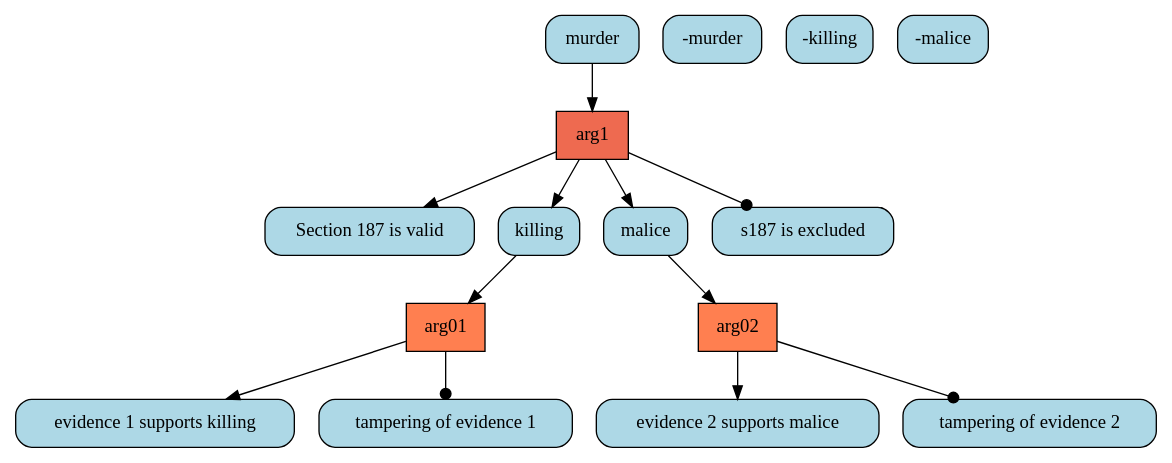
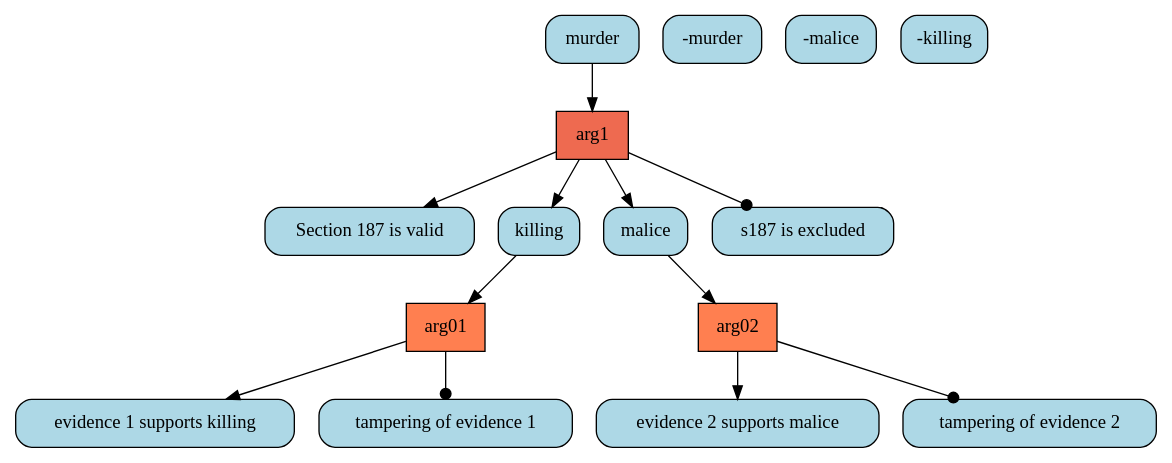
One commit to goweiting/carneades-ext changed the diagram in system/dot/example2/1_0.dot. Above: the diagram before and after it, drawn with Graphviz. The commit also changed other lines of this file and 27 other files, not shown here.

```diff
--- a/system/dot/example2/1_0.dot
+++ b/system/dot/example2/1_0.dot
@@ -1,28 +1,28 @@
 digraph G{ 
 "arg1" [color="black", fillcolor="coral2",fixedsize=false, shape=box, style="filled"]; 
 "murder" [color="black", fillcolor="lightblue", fixedsize=false,  shape="box", style="rounded,filled"]; 
 "-murder" [color="black", fillcolor="lightblue", fixedsize=false,  shape="box", style="rounded,filled"]; 
 "Section 187 is valid" [color="black", fillcolor="lightblue", fixedsize=false,  shape="box", style="rounded,filled"]; 
 "killing" [color="black", fillcolor="lightblue", fixedsize=false,  shape="box", style="rounded,filled"]; 
 "malice" [color="black", fillcolor="lightblue", fixedsize=false,  shape="box", style="rounded,filled"]; 
 "s187 is excluded" [color="black", fillcolor="lightblue", fixedsize=false,  shape="box", style="rounded,filled"]; 
+"arg02" [color="black", fillcolor="coral",fixedsize=false, shape=box, style="filled"]; 
+"-malice" [color="black", fillcolor="lightblue", fixedsize=false,  shape="box", style="rounded,filled"]; 
+"evidence 2 supports malice" [color="black", fillcolor="lightblue", fixedsize=false,  shape="box", style="rounded,filled"]; 
+"tampering of evidence 2" [color="black", fillcolor="lightblue", fixedsize=false,  shape="box", style="rounded,filled"]; 
 "arg01" [color="black", fillcolor="coral",fixedsize=false, shape=box, style="filled"]; 
 "-killing" [color="black", fillcolor="lightblue", fixedsize=false,  shape="box", style="rounded,filled"]; 
 "evidence 1 supports killing" [color="black", fillcolor="lightblue", fixedsize=false,  shape="box", style="rounded,filled"]; 
 "tampering of evidence 1" [color="black", fillcolor="lightblue", fixedsize=false,  shape="box", style="rounded,filled"]; 
-"arg02" [color="black", fillcolor="coral",fixedsize=false, shape=box, style="filled"]; 
-"-malice" [color="black", fillcolor="lightblue", fixedsize=false,  shape="box", style="rounded,filled"]; 
-"evidence 2 supports malice" [color="black", fillcolor="lightblue", fixedsize=false,  shape="box", style="rounded,filled"]; 
-"tampering of evidence 2" [color="black", fillcolor="lightblue", fixedsize=false,  shape="box", style="rounded,filled"]; 
 "murder" -> "arg1" ; 
 "arg1" -> "Section 187 is valid" ; 
 "arg1" -> "killing" ; 
 "arg1" -> "malice" ; 
 "arg1" -> "s187 is excluded" [arrowhead=dot] ; 
+"malice" -> "arg02" ; 
+"arg02" -> "evidence 2 supports malice" ; 
+"arg02" -> "tampering of evidence 2" [arrowhead=dot] ; 
 "killing" -> "arg01" ; 
 "arg01" -> "evidence 1 supports killing" ; 
 "arg01" -> "tampering of evidence 1" [arrowhead=dot] ; 
-"malice" -> "arg02" ; 
-"arg02" -> "evidence 2 supports malice" ; 
-"arg02" -> "tampering of evidence 2" [arrowhead=dot] ; 
 }
```
